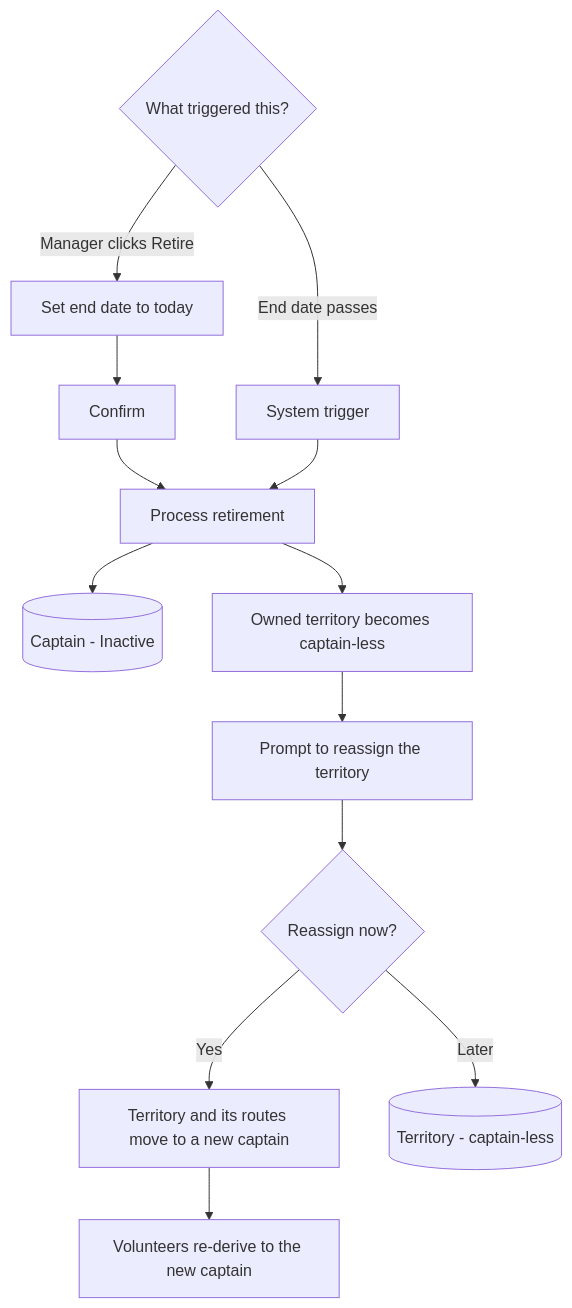
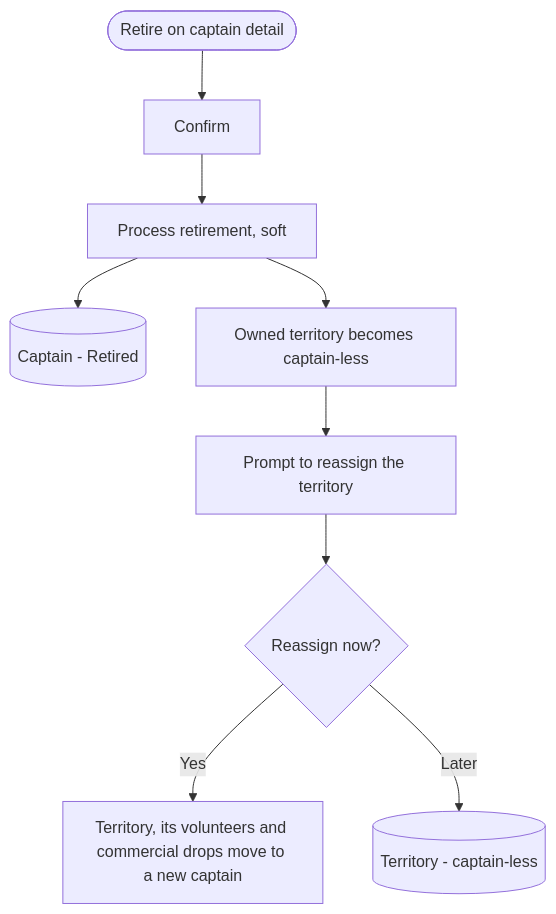
The ninth of 11 diagrams in docs/people_management_flow_v1.md (uwblueprint/beach-metro), drawn with Mermaid before and after one commit. The commit also changed other lines of this file, not shown here.

First line of the commit message:
Redefine territory as volunteers and commercial drops, captain-direct assignment, and manual-only retirement (BM-24)

````diff
--- a/docs/people_management_flow_v1.md
+++ b/docs/people_management_flow_v1.md
@@ -207,16 +208,11 @@
 ```mermaid
 flowchart TD
-    Trigger{What triggered this?}
-    Trigger -->|Manager clicks Retire| Manual[Set end date to today]
-    Trigger -->|End date passes| Auto[System trigger]
-    Manual --> Confirm[Confirm]
-    Confirm --> Process[Process retirement]
-    Auto --> Process
-    Process --> Inactive[(Captain - Inactive)]
+    Start([Retire on captain detail]) --> Confirm[Confirm]
+    Confirm --> Process[Process retirement, soft]
+    Process --> Retired[(Captain - Retired)]
     Process --> Orphan[Owned territory becomes captain-less]
     Orphan --> Prompt[Prompt to reassign the territory]
     Prompt --> Reassign{Reassign now?}
-    Reassign -->|Yes| NewCap[Territory and its routes move to a new captain]
+    Reassign -->|Yes| NewCap[Territory, its volunteers and commercial drops move to a new captain]
     Reassign -->|Later| Pending[(Territory - captain-less)]
-    NewCap --> Rederive[Volunteers re-derive to the new captain]
 ```
````
